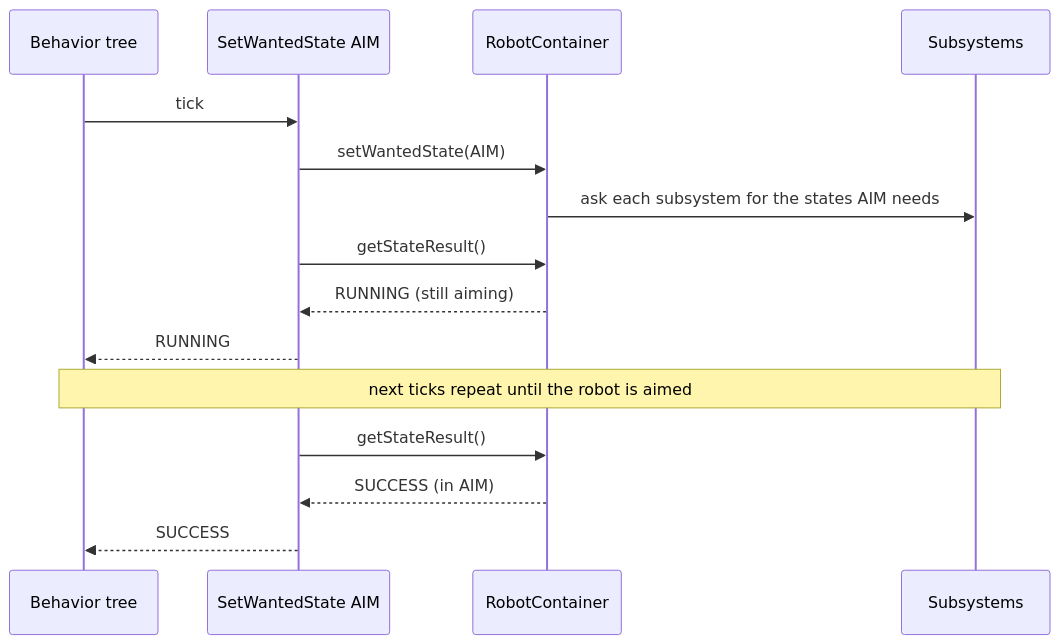
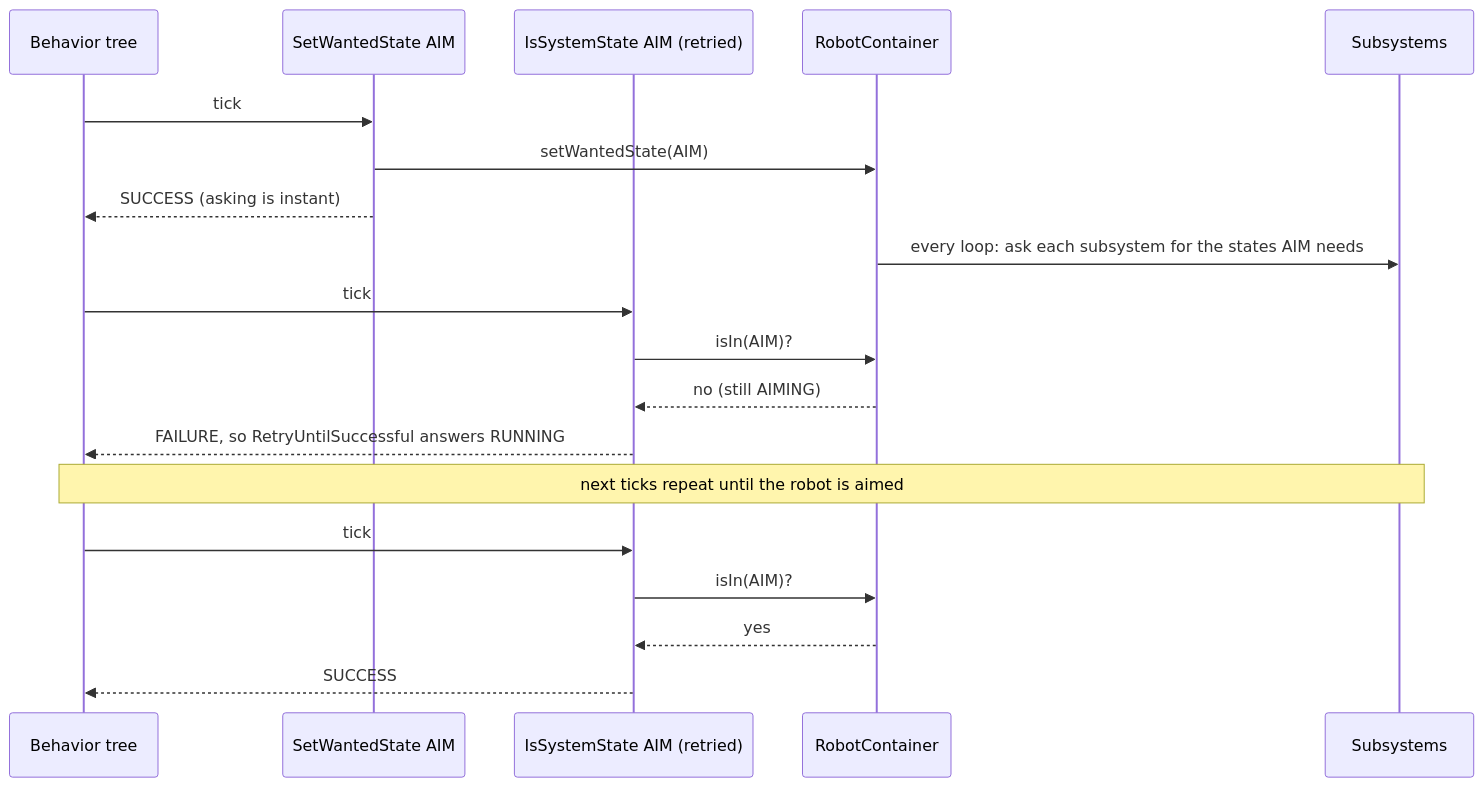
The seventh of 7 diagrams in docs/software/controls/behavior-trees.mdx (FRC-Team-4143/FRC-Team-4143.github.io), drawn with Mermaid before and after one commit. The commit also changed other lines of this file and 3 other files, not shown here.

First line of the commit message:
Autos docs: SetWantedState is an instant request; wait with IsSystemState

````diff
--- a/docs/software/controls/behavior-trees.mdx
+++ b/docs/software/controls/behavior-trees.mdx
@@ -294,18 +302,22 @@
 ```mermaid
 sequenceDiagram
     participant T as Behavior tree
     participant N as SetWantedState AIM
+    participant W as IsSystemState AIM (retried)
     participant R as RobotContainer
     participant S as Subsystems
 
     T->>N: tick
     N->>R: setWantedState(AIM)
-    R->>S: ask each subsystem for the states AIM needs
-    N->>R: getStateResult()
-    R-->>N: RUNNING (still aiming)
-    N-->>T: RUNNING
+    N-->>T: SUCCESS (asking is instant)
+    R->>S: every loop: ask each subsystem for the states AIM needs
+    T->>W: tick
+    W->>R: isIn(AIM)?
+    R-->>W: no (still AIMING)
+    W-->>T: FAILURE, so RetryUntilSuccessful answers RUNNING
     Note over T,S: next ticks repeat until the robot is aimed
-    N->>R: getStateResult()
-    R-->>N: SUCCESS (in AIM)
-    N-->>T: SUCCESS
+    T->>W: tick
+    W->>R: isIn(AIM)?
+    R-->>W: yes
+    W-->>T: SUCCESS
 ```
````
